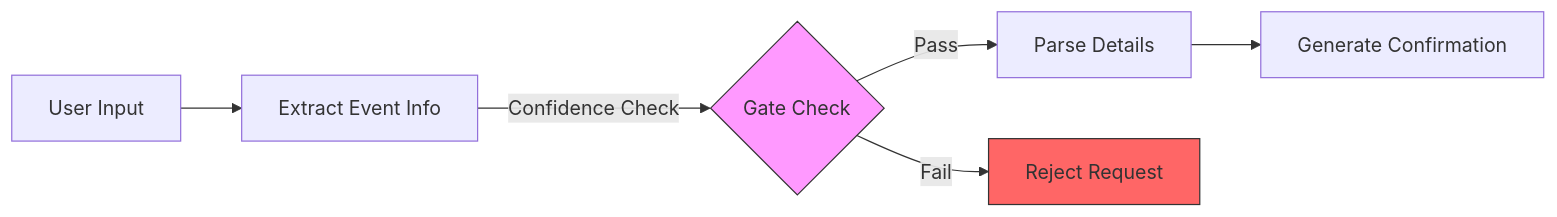
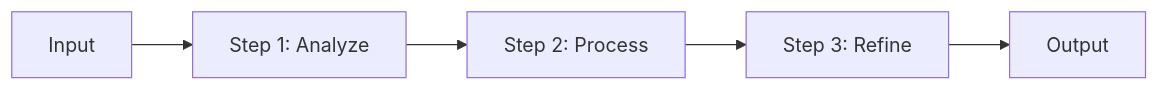
The first of 4 diagrams in README.md (fazilraja/agent-workflows), drawn with Mermaid before and after one commit. The commit also changed other lines of this file, not shown here.

````diff
--- a/README.md
+++ b/README.md
@@ -31,11 +34,7 @@
 ```mermaid
 graph LR
-    A[User Input] --> B[Extract Event Info]
-    B -->|Confidence Check| C{Gate Check}
-    C -->|Pass| D[Parse Details]
-    D --> E[Generate Confirmation]
-    C -->|Fail| F[Reject Request]
-    
-    style C fill:#f9f,stroke:#333
-    style F fill:#f66,stroke:#333
+    A[Input] --> B[Step 1: Analyze]
+    B --> C[Step 2: Process]
+    C --> D[Step 3: Refine]
+    D --> E[Output]
 ```
````
